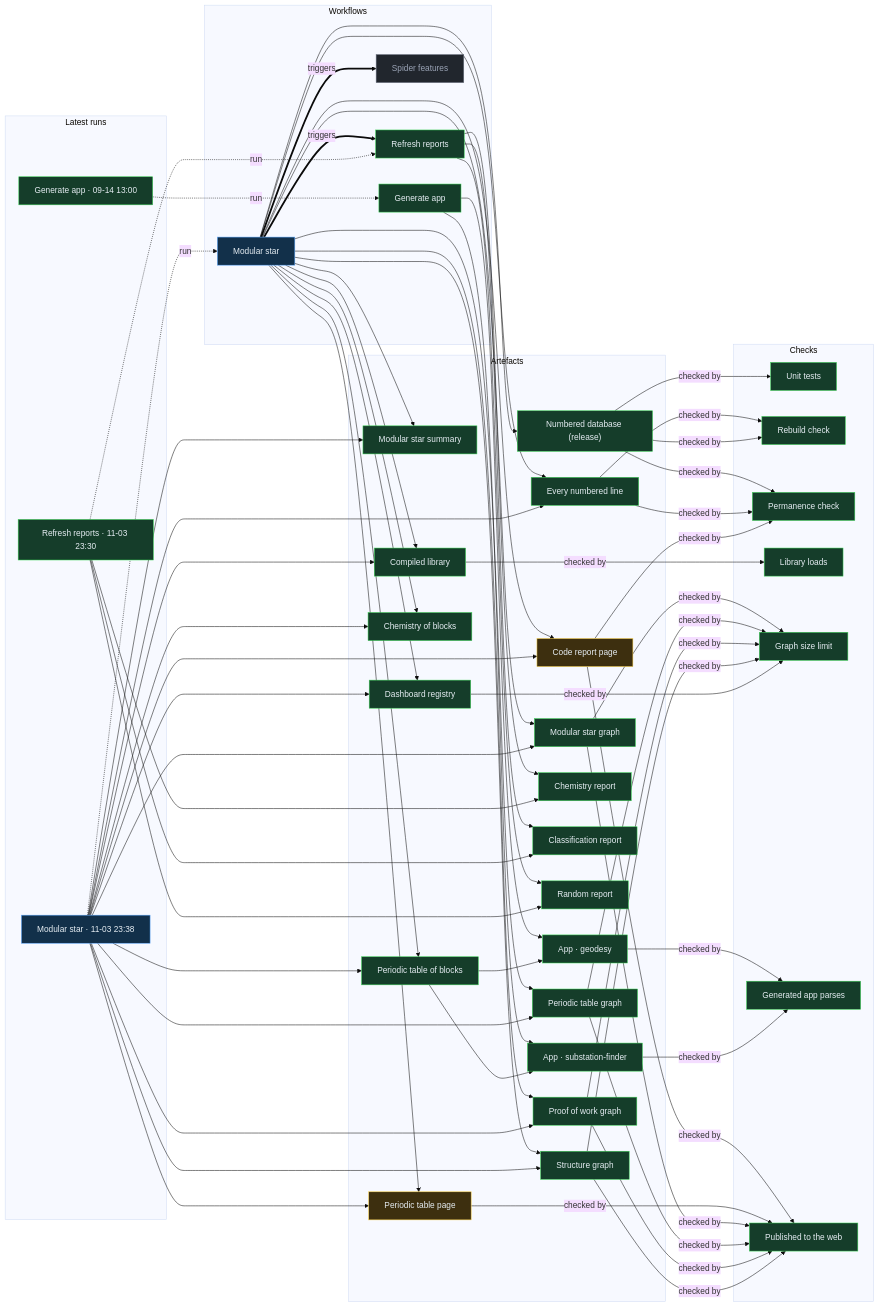
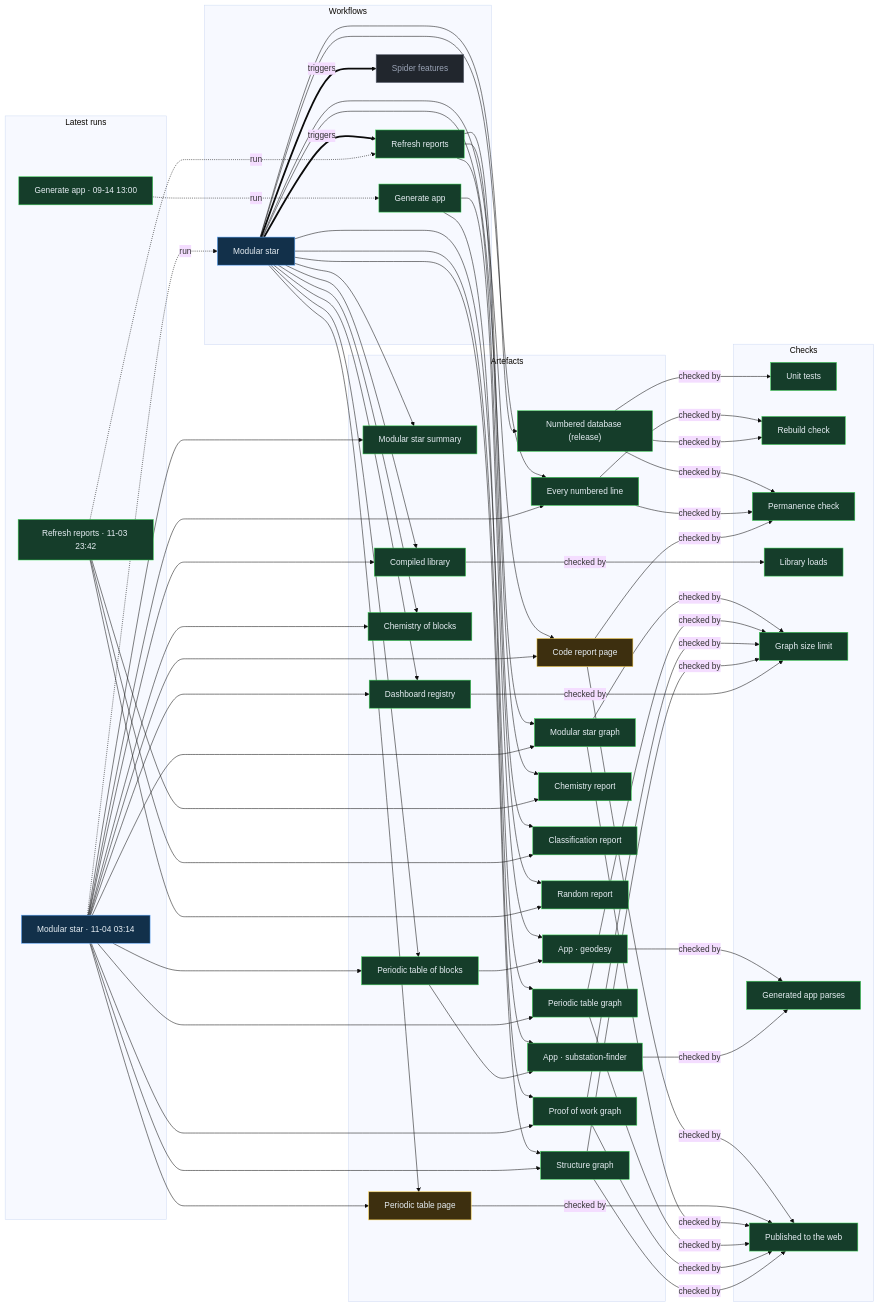
Before and after one commit to Ventusltd/stars: the diagram in proof/PROOF.md, drawn with Mermaid (base theme). The commit also changed other lines of this file and 23 other files, not shown here.

Commit message:
Modular star 2026-11-04T03:16Z

```diff
--- a/proof/PROOF.md
+++ b/proof/PROOF.md
@@ -24,8 +24,8 @@
   n_wf_spider_features["Spider features"]:::off
   end
   subgraph g_runs["Latest runs"]
-  n_run_41740765567["Modular star · 11-03 23:38"]:::live
-  n_run_41739728571["Refresh reports · 11-03 23:30"]:::ok
+  n_run_41765827807["Modular star · 11-04 03:14"]:::live
+  n_run_41741239621["Refresh reports · 11-03 23:42"]:::ok
   n_run_34846587798["Generate app · 09-14 13:00"]:::ok
   end
   subgraph g_artefacts["Artefacts"]
@@ -59,39 +59,39 @@
   end
   n_wf_modular_star == triggers ==> n_wf_refresh
   n_wf_modular_star == triggers ==> n_wf_spider_features
-  n_run_41740765567 -. run .-> n_wf_modular_star
-  n_run_41739728571 -. run .-> n_wf_refresh
+  n_run_41765827807 -. run .-> n_wf_modular_star
+  n_run_41741239621 -. run .-> n_wf_refresh
   n_run_34846587798 -. run .-> n_wf_generate
   n_wf_modular_star --> n_art_summary
-  n_run_41740765567 --> n_art_summary
+  n_run_41765827807 --> n_art_summary
   n_wf_modular_star --> n_art_lines
-  n_run_41740765567 --> n_art_lines
+  n_run_41765827807 --> n_art_lines
   n_wf_modular_star --> n_art_code
-  n_run_41740765567 --> n_art_code
+  n_run_41765827807 --> n_art_code
   n_wf_modular_star --> n_art_modular_graph
-  n_run_41740765567 --> n_art_modular_graph
+  n_run_41765827807 --> n_art_modular_graph
   n_wf_modular_star --> n_art_blocks
-  n_run_41740765567 --> n_art_blocks
+  n_run_41765827807 --> n_art_blocks
   n_wf_modular_star --> n_art_table
-  n_run_41740765567 --> n_art_table
+  n_run_41765827807 --> n_art_table
   n_wf_modular_star --> n_art_blocks_graph
-  n_run_41740765567 --> n_art_blocks_graph
+  n_run_41765827807 --> n_art_blocks_graph
   n_wf_modular_star --> n_art_reactions
-  n_run_41740765567 --> n_art_reactions
+  n_run_41765827807 --> n_art_reactions
   n_wf_modular_star --> n_art_library
-  n_run_41740765567 --> n_art_library
+  n_run_41765827807 --> n_art_library
   n_wf_modular_star --> n_art_features
-  n_run_41740765567 --> n_art_features
+  n_run_41765827807 --> n_art_features
   n_wf_modular_star --> n_art_proof
-  n_run_41740765567 --> n_art_proof
+  n_run_41765827807 --> n_art_proof
   n_wf_modular_star --> n_art_structure
-  n_run_41740765567 --> n_art_structure
+  n_run_41765827807 --> n_art_structure
   n_wf_refresh --> n_art_chemistry
-  n_run_41739728571 --> n_art_chemistry
+  n_run_41741239621 --> n_art_chemistry
   n_wf_refresh --> n_art_vedic
-  n_run_41739728571 --> n_art_vedic
+  n_run_41741239621 --> n_art_vedic
   n_wf_refresh --> n_art_random
-  n_run_41739728571 --> n_art_random
+  n_run_41741239621 --> n_art_random
   n_wf_modular_star --> n_art_release
   n_wf_generate --> n_app_geodesy
   n_art_blocks --> n_app_geodesy
```
